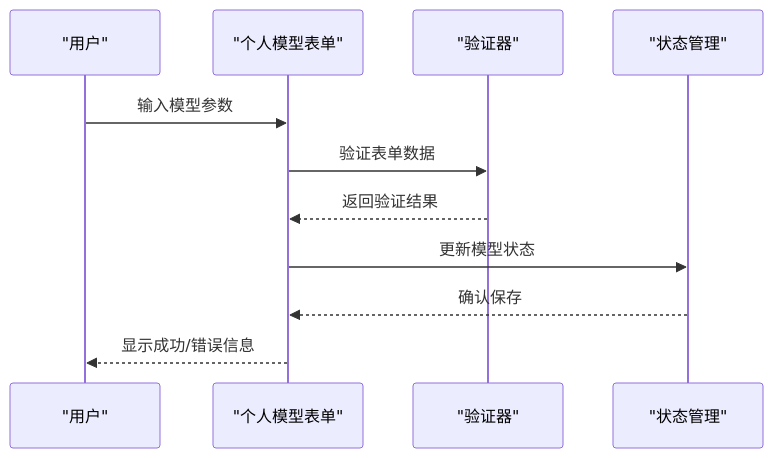
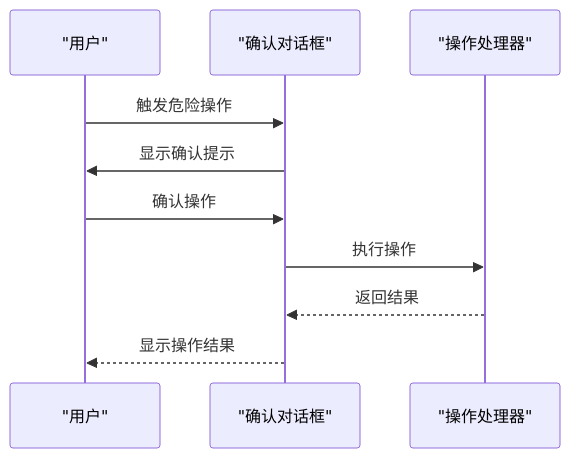
One commit to tianyehedashu/ai-agent changed the tenth of 11 diagrams in .qoder/repowiki/zh/content/前端应用架构/前端应用架构.md. Above: the diagram before and after it, drawn with Mermaid. The commit also changed other lines of this file and 46 other files, not shown here.

````diff
--- a/.qoder/repowiki/zh/content/前端应用架构/前端应用架构.md
+++ b/.qoder/repowiki/zh/content/前端应用架构/前端应用架构.md
@@ -375,13 +523,12 @@
 ```mermaid
 sequenceDiagram
 participant User as "用户"
-participant Form as "个人模型表单"
-participant Validator as "验证器"
-participant Store as "状态管理"
-User->>Form : 输入模型参数
-Form->>Validator : 验证表单数据
-Validator-->>Form : 返回验证结果
-Form->>Store : 更新模型状态
-Store-->>Form : 确认保存
-Form-->>User : 显示成功/错误信息
+participant Dialog as "确认对话框"
+participant Handler as "操作处理器"
+User->>Dialog : 触发危险操作
+Dialog->>User : 显示确认提示
+User->>Dialog : 确认操作
+Dialog->>Handler : 执行操作
+Handler-->>Dialog : 返回结果
+Dialog-->>User : 显示操作结果
 ```
````
